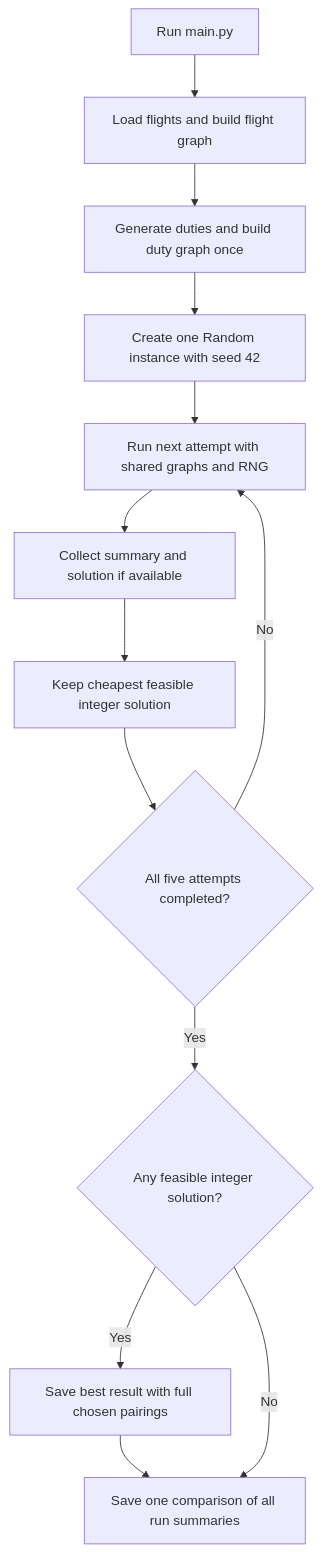
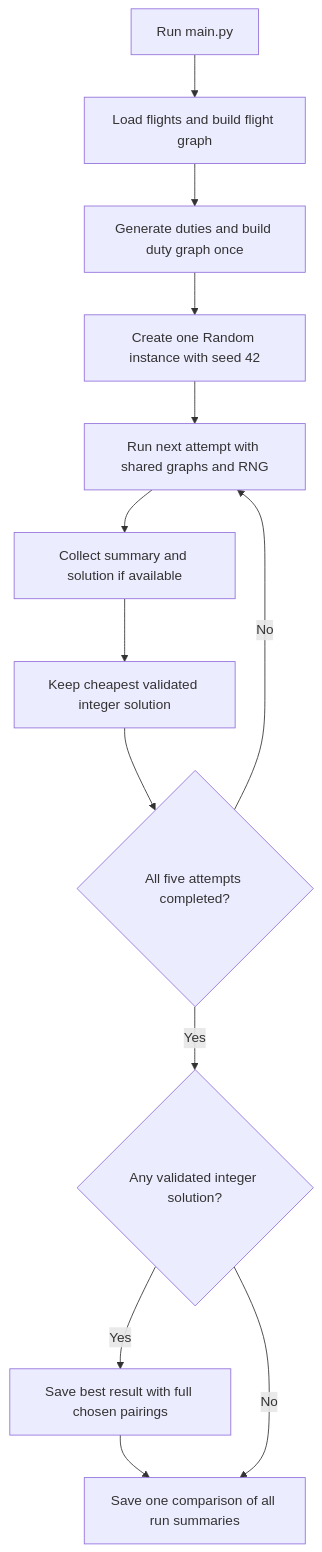
Before and after one commit to keren17b/Flight-Scheduling-ILP: the first of 2 diagrams in airline_crew_pairing_project_flow.md, drawn with Mermaid. The commit also changed other lines of this file and 10 other files, not shown here.

````diff
--- a/airline_crew_pairing_project_flow.md
+++ b/airline_crew_pairing_project_flow.md
@@ -23,15 +25,15 @@
 ```mermaid
 flowchart TD
     A[Run main.py] --> B[Load flights and build flight graph]
     B --> C[Generate duties and build duty graph once]
     C --> D[Create one Random instance with seed 42]
     D --> E[Run next attempt with shared graphs and RNG]
     E --> F[Collect summary and solution if available]
-    F --> G[Keep cheapest feasible integer solution]
+    F --> G[Keep cheapest validated integer solution]
     G --> H{All five attempts completed?}
     H -->|No| E
-    H -->|Yes| I{Any feasible integer solution?}
+    H -->|Yes| I{Any validated integer solution?}
     I -->|Yes| J[Save best result with full chosen pairings]
     J --> K[Save one comparison of all run summaries]
     I -->|No| K
 ```
````
